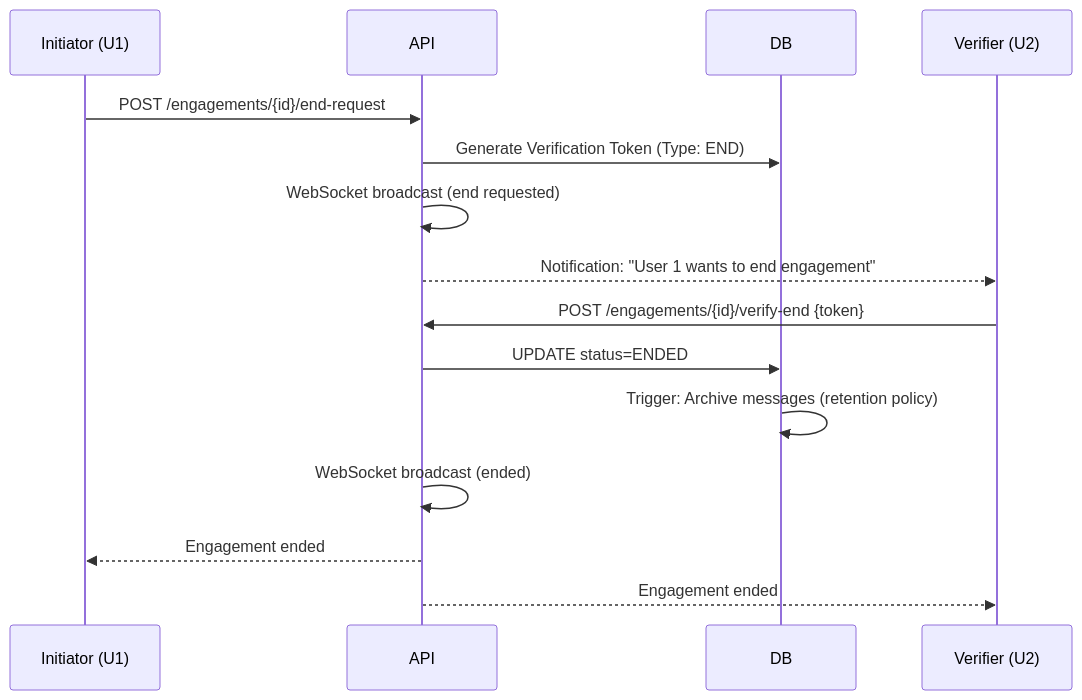
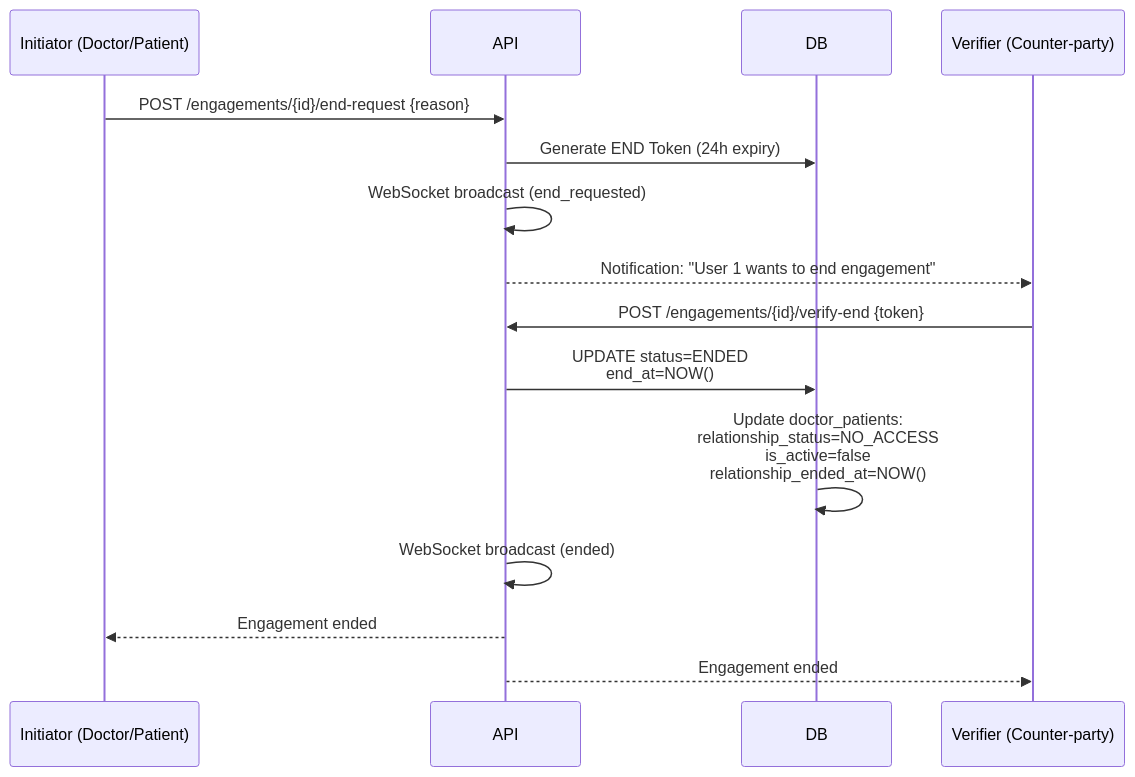
One commit to Abdallah-A-Raafat/Nuralhealer changed the third of 4 diagrams in backend/backend/docs/api/ENGAGEMENT_LOGIC.md. Above: the diagram before and after it, drawn with Mermaid. The commit also changed other lines of this file and 4 other files, not shown here.

First line of the commit message:
Update engagement logic docs and API collections @Abdallah-A-Raafat  ready now

````diff
--- a/backend/backend/docs/api/ENGAGEMENT_LOGIC.md
+++ b/backend/backend/docs/api/ENGAGEMENT_LOGIC.md
@@ -87,19 +159,19 @@
 ```mermaid
 sequenceDiagram
-    participant U1 as Initiator (U1)
+    participant U1 as Initiator (Doctor/Patient)
     participant API
     participant DB
-    participant U2 as Verifier (U2)
+    participant U2 as Verifier (Counter-party)
 
-    U1->>API: POST /engagements/{id}/end-request
-    API->>DB: Generate Verification Token (Type: END)
-    API->>API: WebSocket broadcast (end requested)
+    U1->>API: POST /engagements/{id}/end-request {reason}
+    API->>DB: Generate END Token (24h expiry)
+    API->>API: WebSocket broadcast (end_requested)
     API-->>U2: Notification: "User 1 wants to end engagement"
     
     U2->>API: POST /engagements/{id}/verify-end {token}
-    API->>DB: UPDATE status=ENDED
-    DB->>DB: Trigger: Archive messages (retention policy)
+    API->>DB: UPDATE status=ENDED<br/>end_at=NOW()
+    DB->>DB: Update doctor_patients:<br/>relationship_status=NO_ACCESS<br/>is_active=false<br/>relationship_ended_at=NOW()
     API->>API: WebSocket broadcast (ended)
     API-->>U1: Engagement ended
     API-->>U2: Engagement ended
 ```
````
